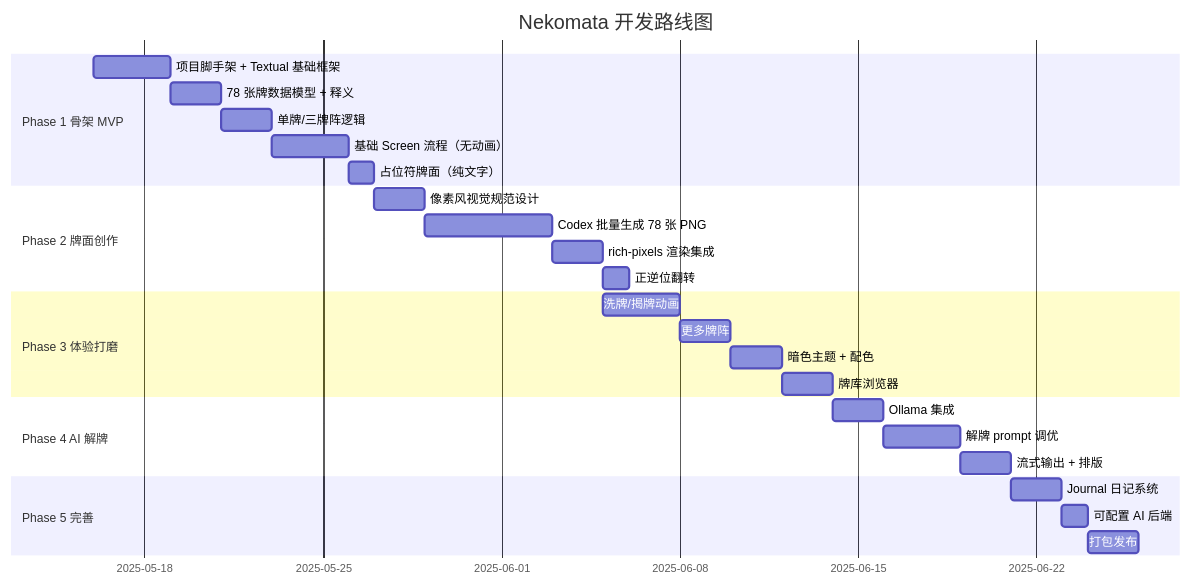
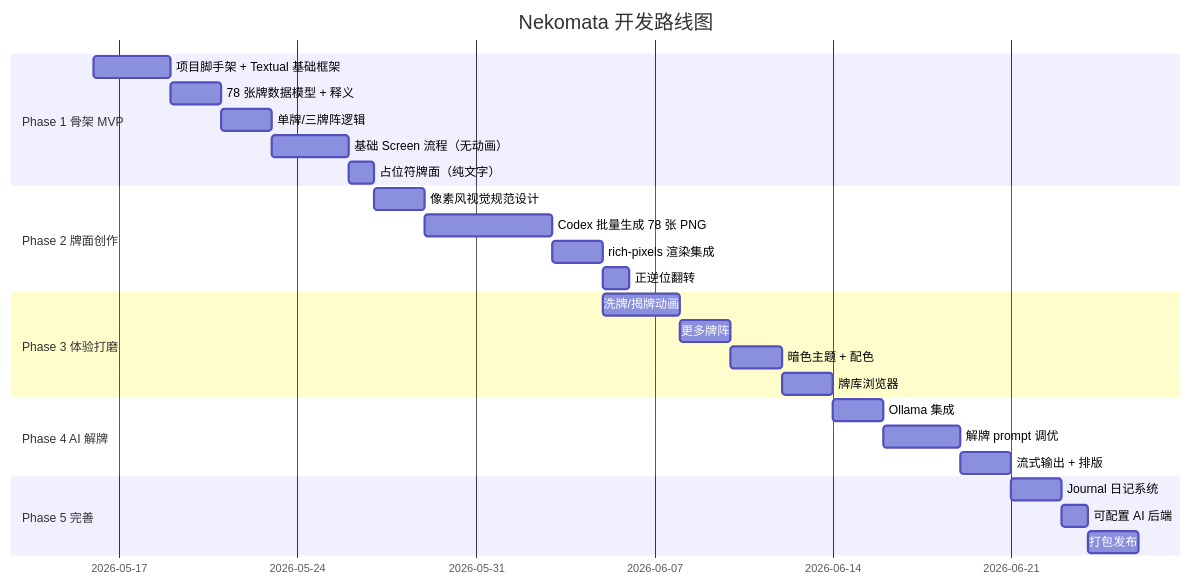
Before and after one commit to ce1an69/Nekomata: the seventh of 7 diagrams in docs/architecture.md, drawn with Mermaid. The commit also changed other lines of this file, not shown here.

````diff
--- a/docs/architecture.md
+++ b/docs/architecture.md
@@ -343,33 +434,33 @@
 ```mermaid
 gantt
     title Nekomata 开发路线图
     dateFormat  YYYY-MM-DD
     section Phase 1 骨架 MVP
-    项目脚手架 + Textual 基础框架    :a1, 2025-05-16, 3d
+    项目脚手架 + Textual 基础框架    :a1, 2026-05-16, 3d
     78 张牌数据模型 + 释义           :a2, after a1, 2d
     单牌/三牌阵逻辑                 :a3, after a2, 2d
     基础 Screen 流程（无动画）       :a4, after a3, 3d
     占位符牌面（纯文字）             :a5, after a4, 1d
 
     section Phase 2 牌面创作
-    像素风视觉规范设计               :b1, 2025-05-27, 2d
+    像素风视觉规范设计               :b1, 2026-05-27, 2d
     Codex 批量生成 78 张 PNG         :b2, after b1, 5d
     rich-pixels 渲染集成             :b3, after b2, 2d
     正逆位翻转                       :b4, after b3, 1d
 
     section Phase 3 体验打磨
-    洗牌/揭牌动画                    :c1, 2025-06-05, 3d
+    洗牌/揭牌动画                    :c1, 2026-06-05, 3d
     更多牌阵                         :c2, after c1, 2d
     暗色主题 + 配色                  :c3, after c2, 2d
     牌库浏览器                       :c4, after c3, 2d
 
     section Phase 4 AI 解牌
-    Ollama 集成                      :d1, 2025-06-14, 2d
+    Ollama 集成                      :d1, 2026-06-14, 2d
     解牌 prompt 调优                 :d2, after d1, 3d
     流式输出 + 排版                  :d3, after d2, 2d
 
     section Phase 5 完善
-    Journal 日记系统                 :e1, 2025-06-21, 2d
+    Journal 日记系统                 :e1, 2026-06-21, 2d
     可配置 AI 后端                   :e2, after e1, 1d
     打包发布                         :e3, after e2, 2d
 ```
````
